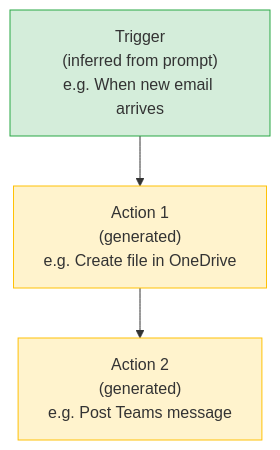
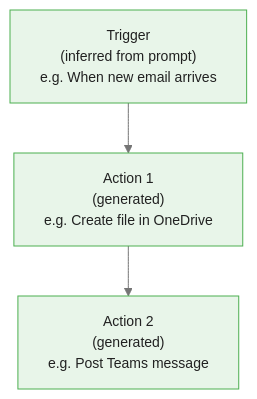
One commit to m-deane/course-creator changed the third of 5 diagrams in courses/power-automate/modules/module_08_copilot_power_automate/guides/01_copilot_flow_builder_slides.md. Above: the diagram before and after it, drawn with Mermaid. The commit also changed other lines of this file and 72 other files, not shown here.

````diff
--- a/courses/power-automate/modules/module_08_copilot_power_automate/guides/01_copilot_flow_builder_slides.md
+++ b/courses/power-automate/modules/module_08_copilot_power_automate/guides/01_copilot_flow_builder_slides.md
@@ -142,9 +167,7 @@
 ```mermaid
+%%{init: {"theme": "base", "themeVariables": {"primaryColor": "#e8f5e9", "primaryBorderColor": "#4caf50", "primaryTextColor": "#212121", "secondaryColor": "#e3f2fd", "tertiaryColor": "#fff8e1", "lineColor": "#757575", "fontFamily": "Inter, sans-serif", "fontSize": "14px"}}}%%
 graph TD
     A["Trigger\n(inferred from prompt)\ne.g. When new email arrives"] --> B["Action 1\n(generated)\ne.g. Create file in OneDrive"]
     B --> C["Action 2\n(generated)\ne.g. Post Teams message"]
 
-    style A fill:#d4edda,stroke:#28a745
-    style B fill:#fff3cd,stroke:#ffc107
-    style C fill:#fff3cd,stroke:#ffc107
 ```
````
